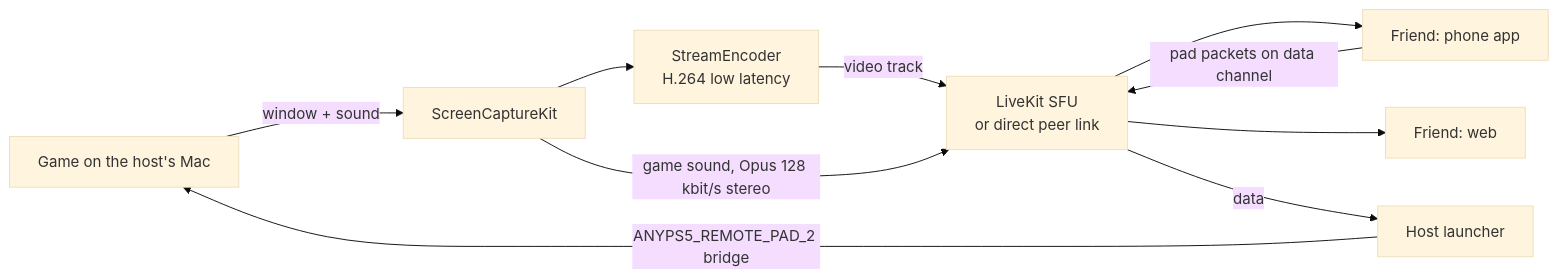
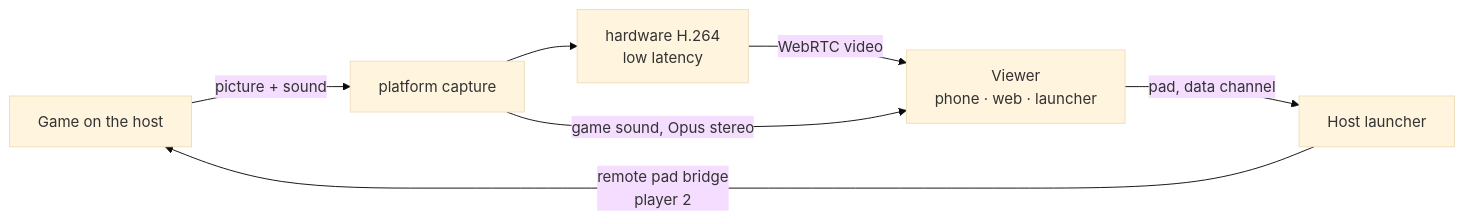
The diagram in docs/en/06-realtime-voice-shareplay.md (AnyTogether/AnyPS5-ARM), drawn with Mermaid (base theme) before and after one commit. The commit also changed other lines of this file and 12 other files, not shown here.

First line of the commit message:
AnyTogether plan: every platform, peer-to-peer, one-tap sign-in

````diff
--- a/docs/en/06-realtime-voice-shareplay.md
+++ b/docs/en/06-realtime-voice-shareplay.md
@@ -72,12 +76,9 @@
 ```mermaid
 flowchart LR
-    G[Game on the host's Mac] -->|window + sound| C[ScreenCaptureKit]
-    C --> E[StreamEncoder<br/>H.264 low latency]
-    E -->|video track| K[LiveKit SFU<br/>or direct peer link]
-    C -->|game sound, Opus 128 kbit/s stereo| K
-    K --> V1[Friend: phone app]
-    K --> V2[Friend: web]
-    V1 -->|pad packets on data channel| K
-    K -->|data| H[Host launcher]
-    H -->|ANYPS5_REMOTE_PAD_2 bridge| G
+    G[Game on the host] -->|picture + sound| C[platform capture]
+    C --> E[hardware H.264<br/>low latency]
+    E -->|WebRTC video| V[Viewer<br/>phone · web · launcher]
+    C -->|game sound, Opus stereo| V
+    V -->|pad, data channel| H[Host launcher]
+    H -->|remote pad bridge<br/>player 2| G
 ```
````
